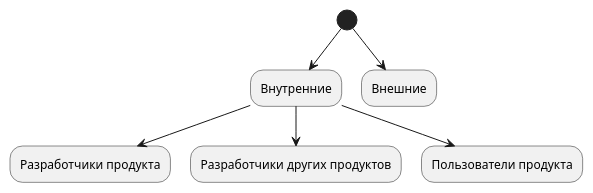
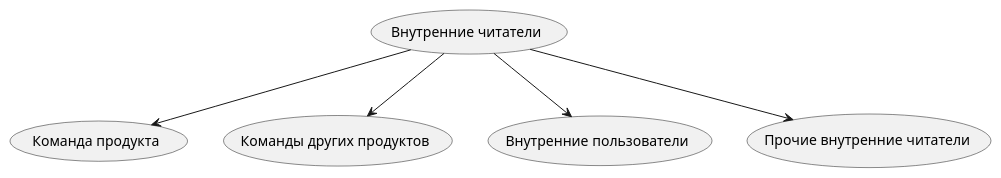
The second of 3 diagrams in src/pages/guides/readers.rst (mekras/hwd), drawn with PlantUML before and after one commit. The commit also changed other lines of this file and 8 other files, not shown here.

```diff
--- a/src/pages/guides/readers.rst
+++ b/src/pages/guides/readers.rst
@@ -20,7 +45,6 @@
 .. uml::
 
-   (*) --> Внутренние
-   (*) --> Внешние
-   Внутренние --> "Разработчики продукта"
-   Внутренние --> "Разработчики других продуктов"
-   Внутренние --> "Пользователи продукта"
+   (Внутренние читатели) --> (Команда продукта)
+   (Внутренние читатели) --> (Команды других продуктов)
+   (Внутренние читатели) --> (Внутренние пользователи)
+   (Внутренние читатели) --> (Прочие внутренние читатели)
```
